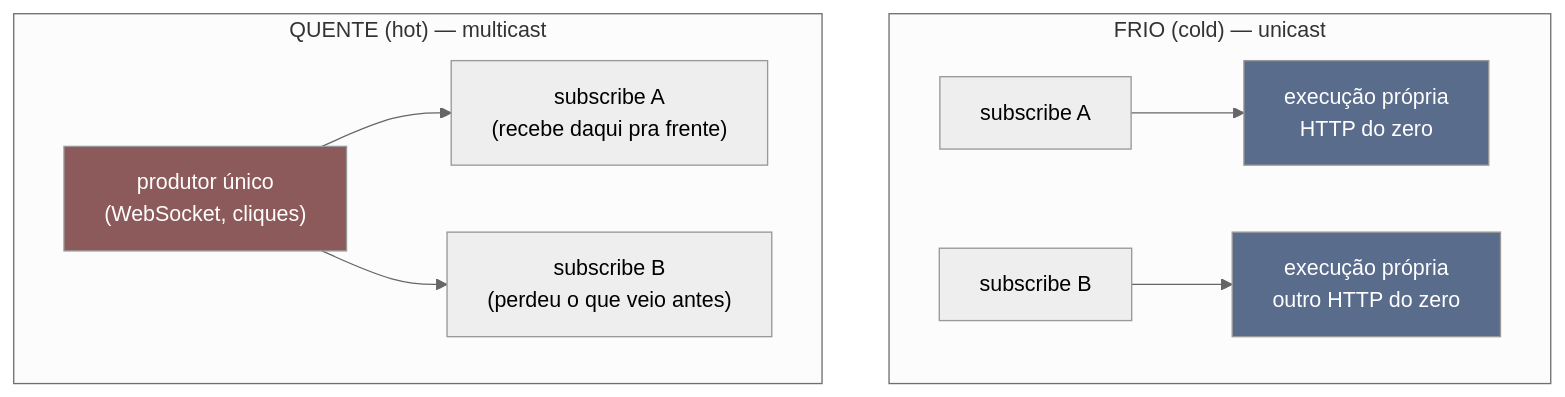
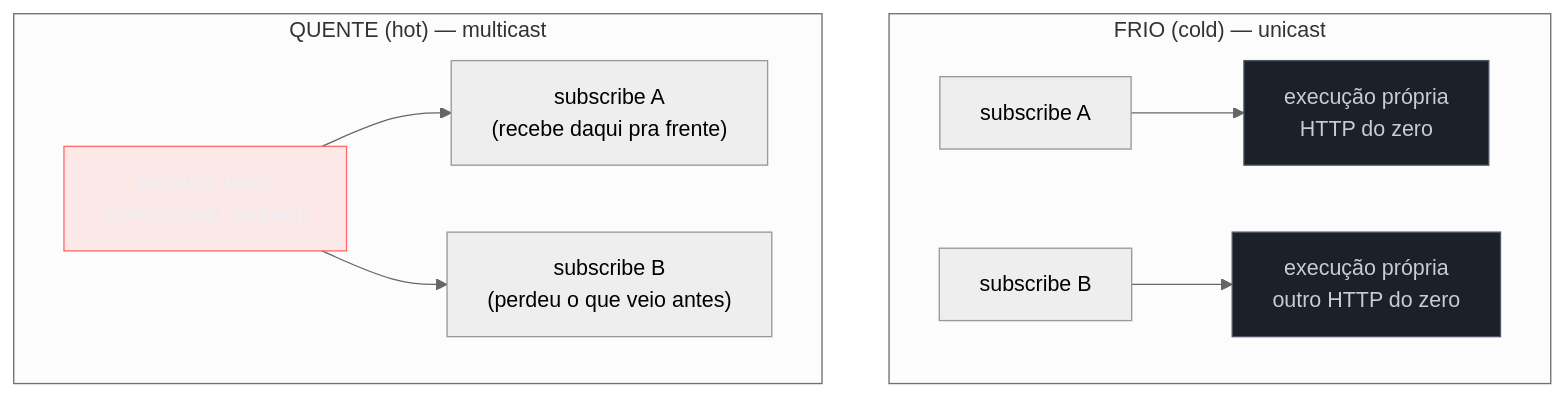
One commit to josenaldo/codex-technomanticus changed the fifth of 7 diagrams in 03-Dominios/Ciência/Paradigmas/12 - Programação reativa e dataflow.md. Above: the diagram before and after it, drawn with Mermaid (neutral theme). The commit also changed other lines of this file and 1181 other files, not shown here.

First line of the commit message:
fix(diagramas): paleta do sistema no lugar de cor cravada no markdown

````diff
--- a/03-Dominios/Ciência/Paradigmas/12 - Programação reativa e dataflow.md
+++ b/03-Dominios/Ciência/Paradigmas/12 - Programação reativa e dataflow.md
@@ -182,15 +188,17 @@
 ```mermaid
 flowchart TB
+    classDef neutro fill:#1B2029,stroke:#4E5666,color:#C6CCD8
+    classDef falha fill:#FF6B6B24,stroke:#FF6B6B,color:#E9ECF2
     subgraph COLD["FRIO (cold) — unicast"]
         CS1["subscribe A"] --> CE1["execução própria<br/>HTTP do zero"]
         CS2["subscribe B"] --> CE2["execução própria<br/>outro HTTP do zero"]
     end
     subgraph HOT["QUENTE (hot) — multicast"]
         HP["produtor único<br/>(WebSocket, cliques)"]
         HP --> HS1["subscribe A<br/>(recebe daqui pra frente)"]
         HP --> HS2["subscribe B<br/>(perdeu o que veio antes)"]
     end
-    style CE1 fill:#5a6c8c,color:#fff
-    style CE2 fill:#5a6c8c,color:#fff
-    style HP fill:#8c5a5a,color:#fff
+    class CE1 neutro
+    class CE2 neutro
+    class HP falha
 ```
````
